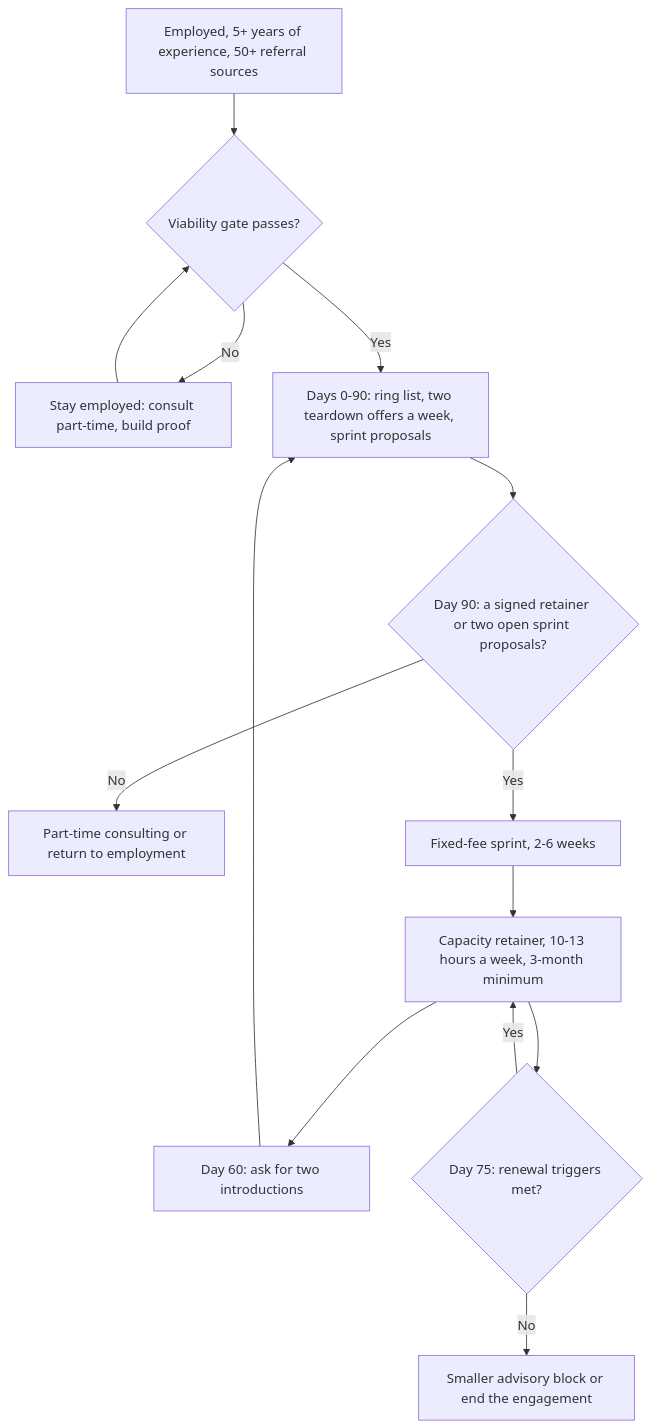
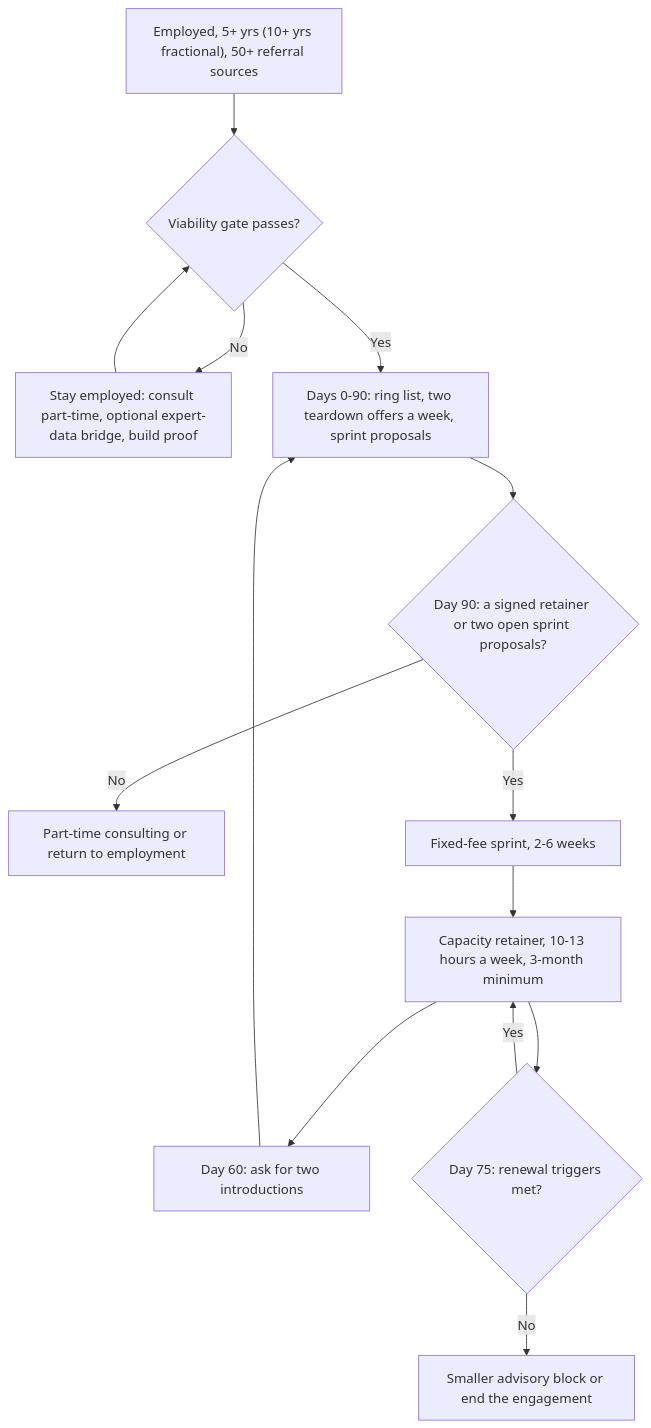
One commit to bhaskarjha-dev/genai-career changed the diagram in career/11-tracks/freelance-fractional.md. Above: the diagram before and after it, drawn with Mermaid. The commit also changed other lines of this file and 16 other files, not shown here.

````diff
--- a/career/11-tracks/freelance-fractional.md
+++ b/career/11-tracks/freelance-fractional.md
@@ -33,16 +34,16 @@
 ```mermaid
 flowchart TD
-    A["Employed, 5+ years of experience, 50+ referral sources"] --> B{"Viability gate passes?"}
-    B -->|"No"| C["Stay employed: consult part-time, build proof"]
+    A["Employed, 5+ yrs (10+ yrs fractional), 50+ referral sources"] --> B{"Viability gate passes?"}
+    B -->|"No"| C["Stay employed: consult part-time, optional expert-data bridge, build proof"]
     C --> B
     B -->|"Yes"| D["Days 0-90: ring list, two teardown offers a week, sprint proposals"]
     D --> E{"Day 90: a signed retainer or two open sprint proposals?"}
     E -->|"No"| F["Part-time consulting or return to employment"]
     E -->|"Yes"| G["Fixed-fee sprint, 2-6 weeks"]
     G --> H["Capacity retainer, 10-13 hours a week, 3-month minimum"]
     H --> K["Day 60: ask for two introductions"]
     K --> D
     H --> I{"Day 75: renewal triggers met?"}
     I -->|"Yes"| H
     I -->|"No"| J["Smaller advisory block or end the engagement"]
 ```
````
